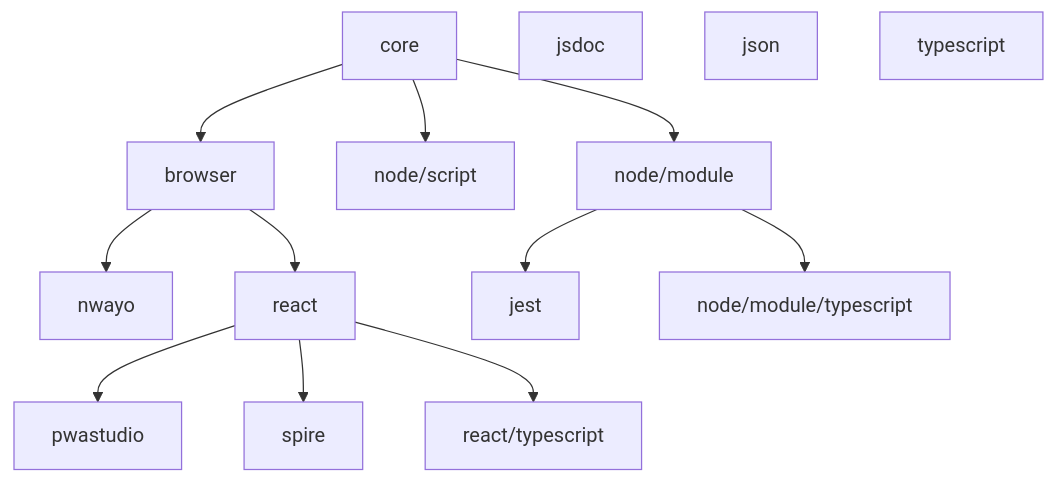
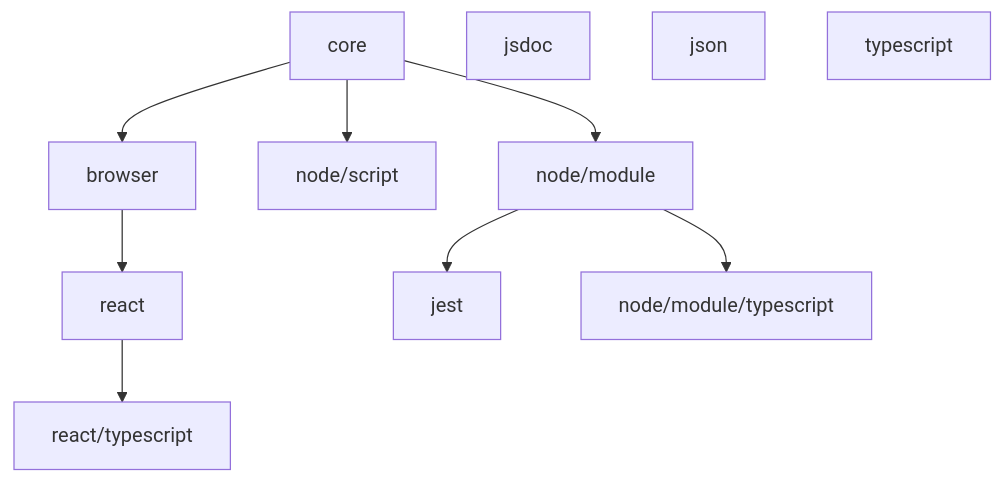
The diagram in README.md (valtech-commerce/eslint-config), drawn with Mermaid before and after one commit. The commit also changed other lines of this file and 15 other files, not shown here.

Commit message:
Remove nwayo, pwastudio, spire

````diff
--- a/README.md
+++ b/README.md
@@ -32,10 +29,10 @@
 ```mermaid
   graph TD;
     core --> browser & node/script & node/module
-      browser --> nwayo & react
-        react --> pwastudio & spire & react/typescript
+      browser --> react
+        react --> react/typescript
       node/module --> jest & node/module/typescript
     jsdoc
     json
     typescript
 ```
````
